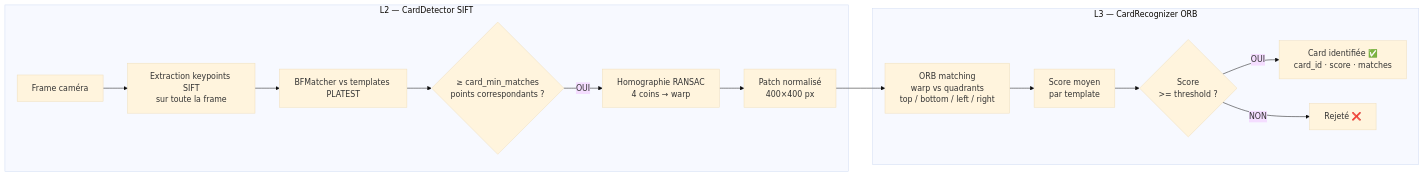
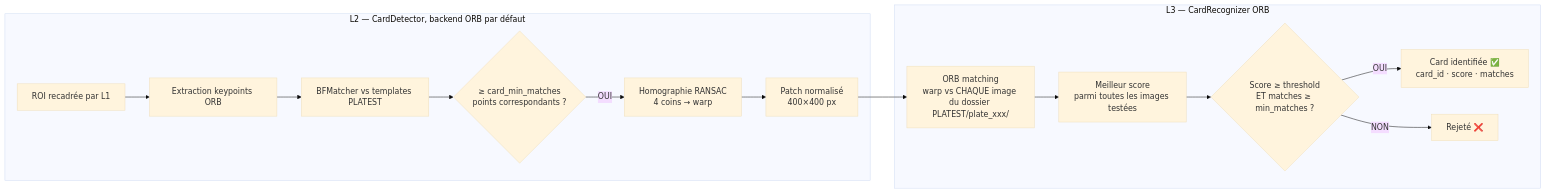
Before and after one commit to Sterenna-studio/steam_prop_vision: the fourth of 6 diagrams in ALGORIGRAMME.md, drawn with Mermaid (base theme). The commit also changed other lines of this file and 5 other files, not shown here.

````diff
--- a/ALGORIGRAMME.md
+++ b/ALGORIGRAMME.md
@@ -77,18 +94,18 @@
 ```mermaid
 flowchart LR
-    subgraph L2 [L2 — CardDetector SIFT]
-        A2[Frame caméra] --> B2[Extraction keypoints SIFT\nsur toute la frame]
+    subgraph L2 [L2 — CardDetector, backend ORB par défaut]
+        A2[ROI recadrée par L1] --> B2[Extraction keypoints ORB]
         B2 --> C2[BFMatcher vs templates PLATEST]
         C2 --> D2{≥ card_min_matches\npoints correspondants ?}
         D2 -- OUI --> E2[Homographie RANSAC\n4 coins → warp]
         E2 --> F2[Patch normalisé\n400×400 px]
     end
 
     subgraph L3 [L3 — CardRecognizer ORB]
-        F2 --> G3[ORB matching\nwarp vs quadrants\ntop / bottom / left / right]
-        G3 --> H3[Score moyen\npar template]
-        H3 --> I3{Score\n>= threshold ?}
+        F2 --> G3[ORB matching\nwarp vs CHAQUE image du dossier PLATEST/plate_xxx/]
+        G3 --> H3[Meilleur score\nparmi toutes les images testées]
+        H3 --> I3{Score ≥ threshold\nET matches ≥ min_matches ?}
         I3 -- OUI --> J3[Card identifiée ✅\ncard_id · score · matches]
         I3 -- NON --> K3[Rejeté ❌]
     end
 ```
````
